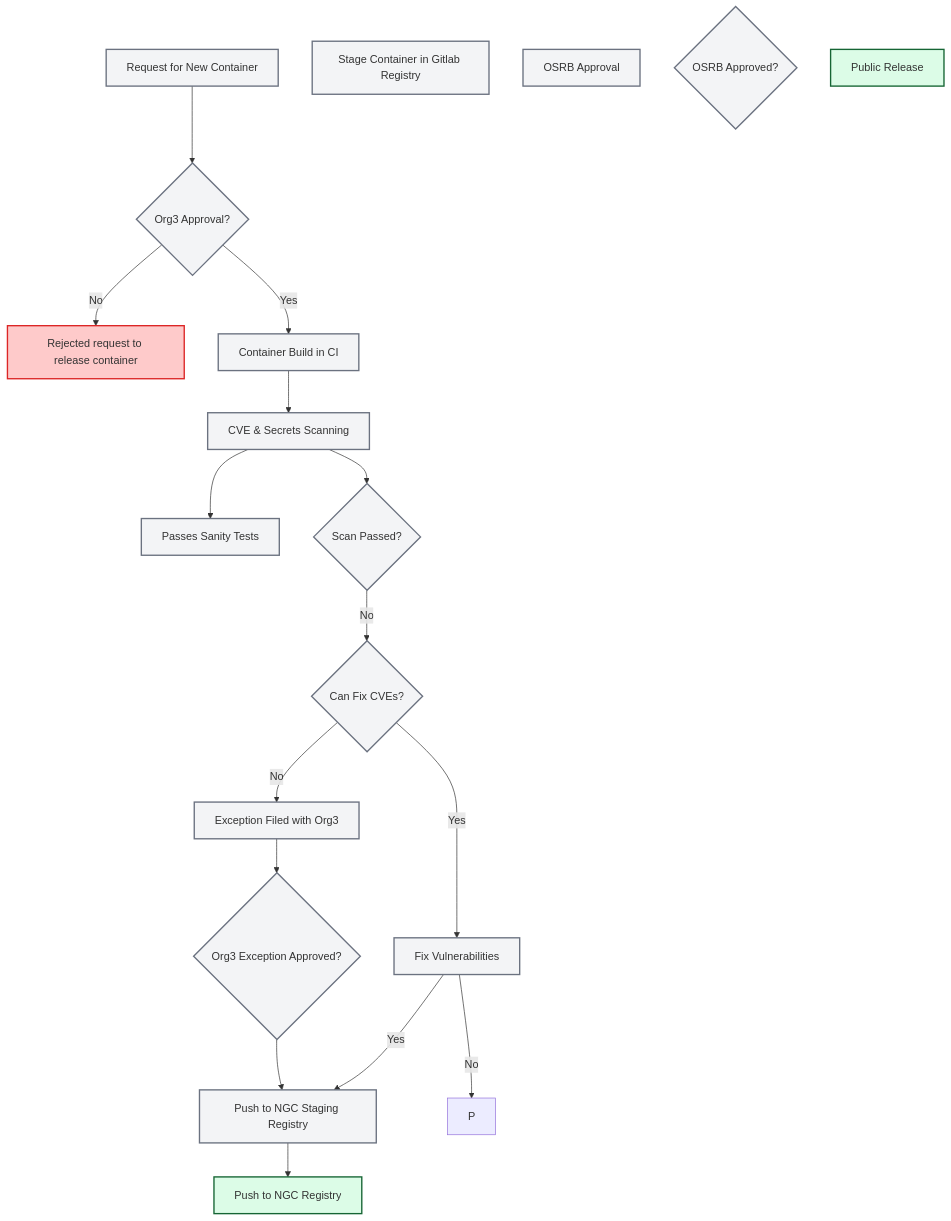
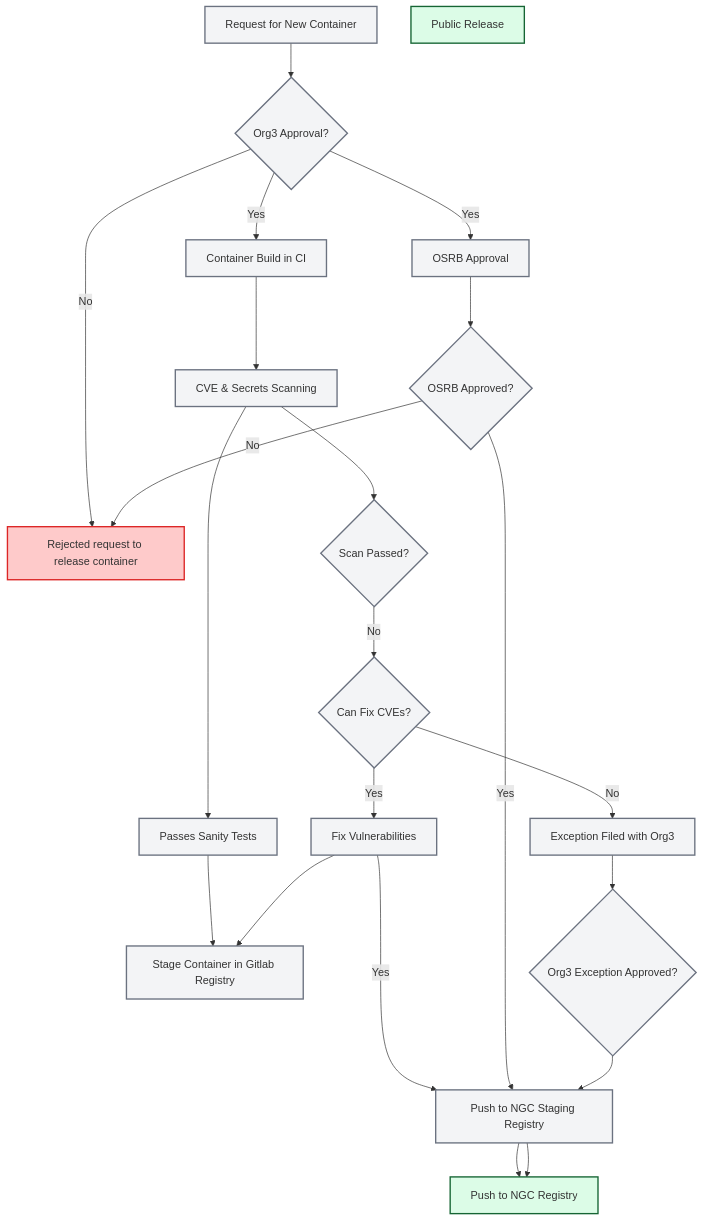
One commit to ai-dynamo/enhancements changed the second of 2 diagrams in deps/NNNN-container-strategy.md. Above: the diagram before and after it, drawn with Mermaid.

Commit message:
nit: fix mermaid diagram

````diff
--- a/deps/NNNN-container-strategy.md
+++ b/deps/NNNN-container-strategy.md
@@ -184,42 +184,48 @@
 ```mermaid
 flowchart TD
     A[Request for New Container]:::grey
     B{Org3 Approval?}:::grey
     C[Rejected request to release container]:::red
     D[Container Build in CI]:::grey
     E[CVE & Secrets Scanning]:::grey
     F[Passes Sanity Tests]:::grey
     G[Stage Container in Gitlab Registry]:::grey
     H{Scan Passed?}:::grey
     I{Can Fix CVEs?}:::grey
     J[Fix Vulnerabilities]:::grey
     K[Exception Filed with Org3]:::grey
     L{Org3 Exception Approved?}:::grey
     N[OSRB Approval]:::grey
     O{OSRB Approved?}:::grey
     Q[Push to NGC Staging Registry]:::grey
     R[Push to NGC Registry]:::green
     S[Public Release]:::green
 
     %% Main flow
     A --> B
     B -->|No| C
     B -->|Yes| D
+    B -->|Yes| N
     D --> E
     E --> F
+    F --> G
     E --> H
     H -->|No| I
     I -->|No| K
     I -->|Yes| J
-    J -->|No| P
+    J --> G
     J -->|Yes| Q
+    N --> O
+    O -->|No| C
+    O -->|Yes| Q
+    Q --> R
     K --> L
     L --> Q
     Q --> R
 
 
     %% Styling
     classDef grey fill:#f3f4f6,stroke:#6b7280,stroke-width:2px;
     classDef green fill:#dcfce7,stroke:#166534,stroke-width:2px;
     classDef red fill:#fecaca,stroke:#dc2626,stroke-width:2px;
 ```
````
